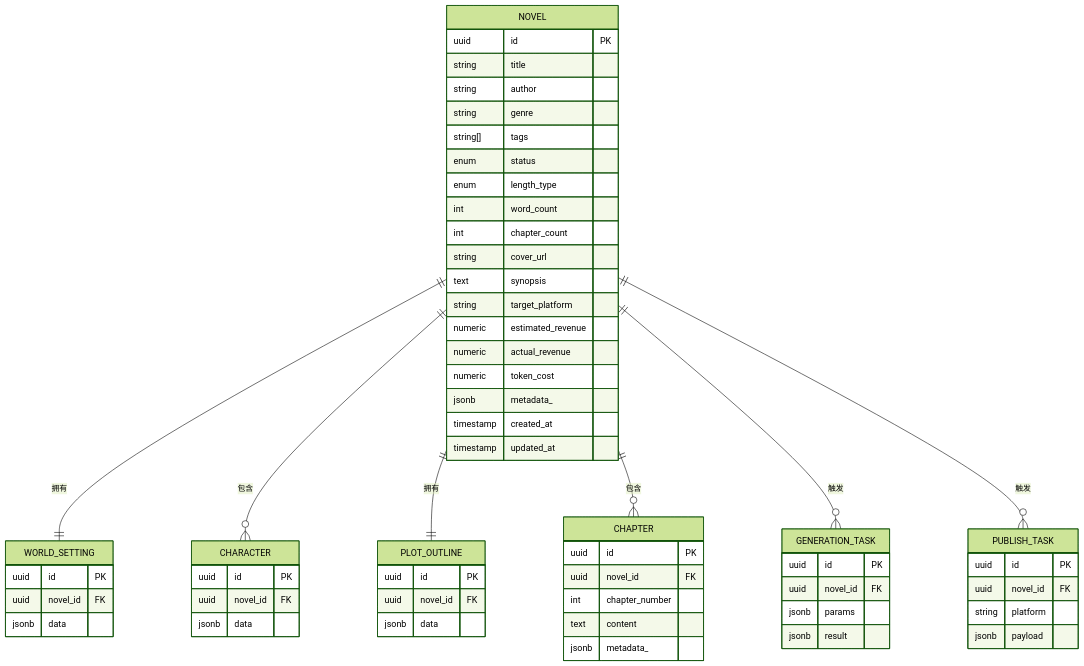
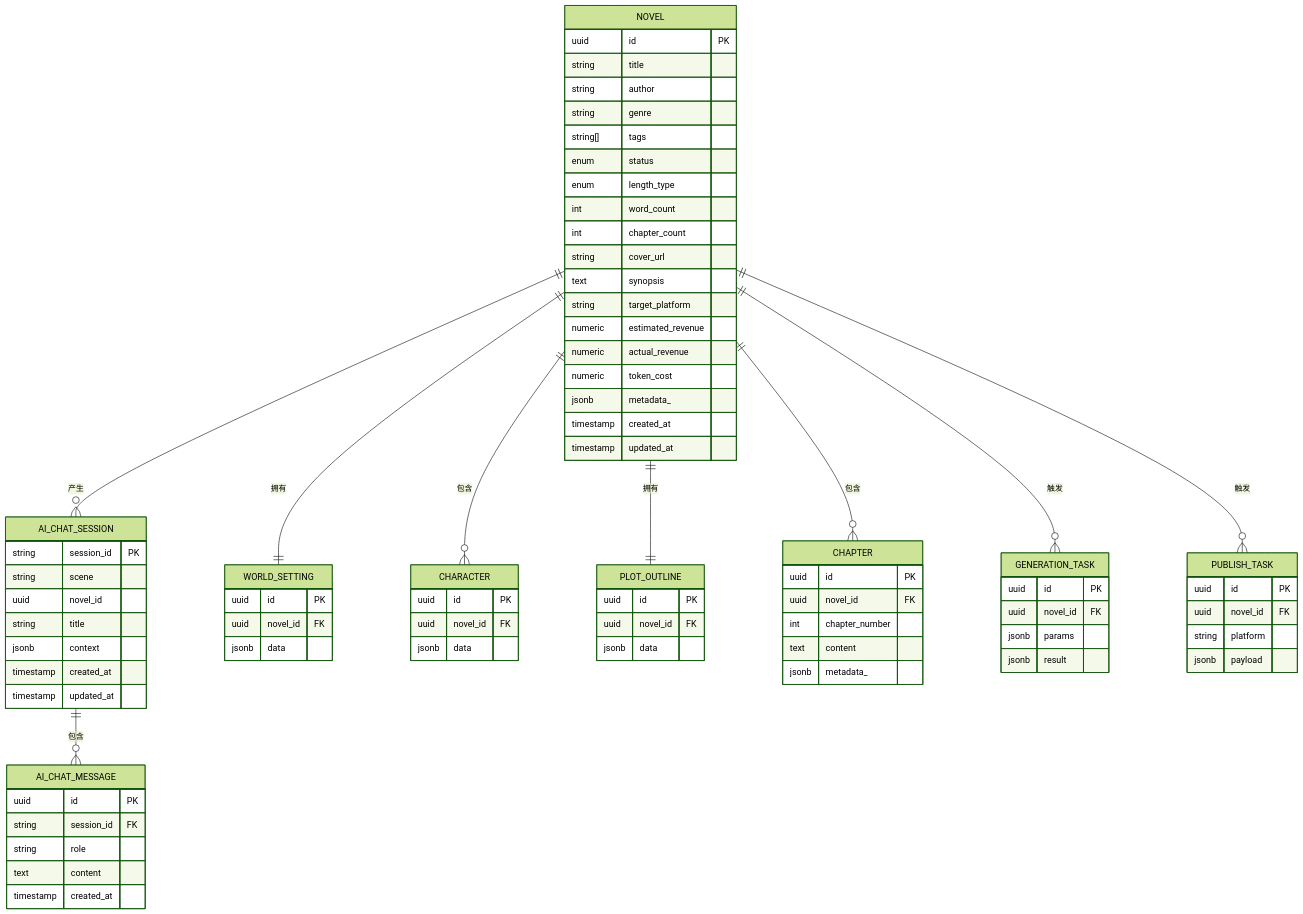
One commit to xfbyxq/ai-novel-system changed the fourth of 15 diagrams in .qoder/repowiki/zh/content/项目概述/项目概述.md. Above: the diagram before and after it, drawn with Mermaid (forest theme). The commit also changed other lines of this file and 9 other files, not shown here.

First line of the commit message:
feat(core): 完善v2.1.0版本，新增Neo4j图数据库及多项智能功能

````diff
--- a/.qoder/repowiki/zh/content/项目概述/项目概述.md
+++ b/.qoder/repowiki/zh/content/项目概述/项目概述.md
@@ -189,63 +241,81 @@
 ```mermaid
 erDiagram
 NOVEL {
 uuid id PK
 string title
 string author
 string genre
 string[] tags
 enum status
 enum length_type
 int word_count
 int chapter_count
 string cover_url
 text synopsis
 string target_platform
 numeric estimated_revenue
 numeric actual_revenue
 numeric token_cost
 jsonb metadata_
 timestamp created_at
 timestamp updated_at
+}
+AI_CHAT_SESSION {
+string session_id PK
+string scene
+uuid novel_id
+string title
+jsonb context
+timestamp created_at
+timestamp updated_at
+}
+AI_CHAT_MESSAGE {
+uuid id PK
+string session_id FK
+string role
+text content
+timestamp created_at
 }
 WORLD_SETTING {
 uuid id PK
 uuid novel_id FK
 jsonb data
 }
 CHARACTER {
 uuid id PK
 uuid novel_id FK
 jsonb data
 }
 PLOT_OUTLINE {
 uuid id PK
 uuid novel_id FK
 jsonb data
 }
 CHAPTER {
 uuid id PK
 uuid novel_id FK
 int chapter_number
 text content
 jsonb metadata_
 }
 GENERATION_TASK {
 uuid id PK
 uuid novel_id FK
 jsonb params
 jsonb result
 }
 PUBLISH_TASK {
 uuid id PK
 uuid novel_id FK
 string platform
 jsonb payload
 }
 NOVEL ||--|| WORLD_SETTING : "拥有"
 NOVEL ||--o{ CHARACTER : "包含"
 NOVEL ||--|| PLOT_OUTLINE : "拥有"
 NOVEL ||--o{ CHAPTER : "包含"
 NOVEL ||--o{ GENERATION_TASK : "触发"
 NOVEL ||--o{ PUBLISH_TASK : "触发"
+NOVEL ||--o{ AI_CHAT_SESSION : "产生"
+AI_CHAT_SESSION ||--o{ AI_CHAT_MESSAGE : "包含"
 ```
````
